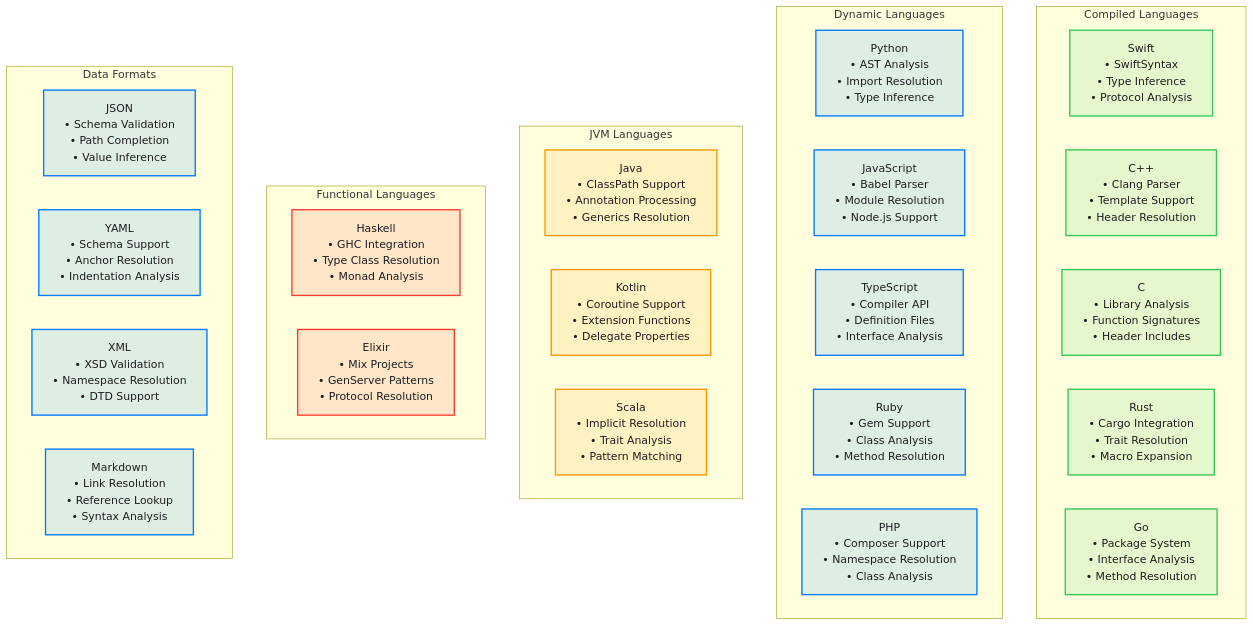
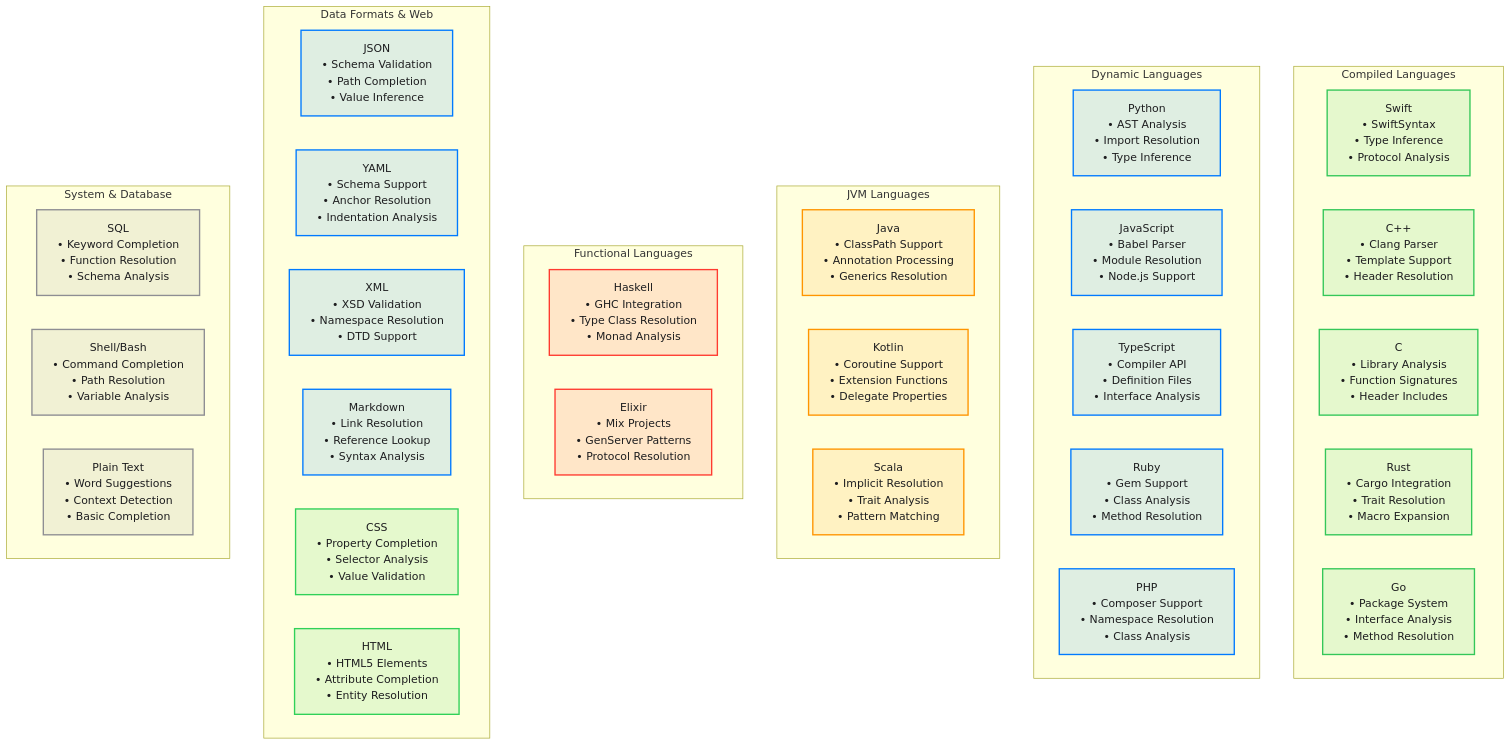
The second of 2 diagrams in Diagrams/15-language-provider-ecosystem.md (ajmcclary/CodeEditorKit), drawn with Mermaid before and after one commit. The commit also changed other lines of this file and 29 other files, not shown here.

First line of the commit message:
Enhance architecture documentation and add debugging integration

````diff
--- a/Diagrams/15-language-provider-ecosystem.md
+++ b/Diagrams/15-language-provider-ecosystem.md
@@ -374,63 +535,78 @@
 ```mermaid
 flowchart TB
     subgraph "Compiled Languages"
         SWIFT[Swift<br/>• SwiftSyntax<br/>• Type Inference<br/>• Protocol Analysis]
         CPP[C++<br/>• Clang Parser<br/>• Template Support<br/>• Header Resolution]
         C[C<br/>• Library Analysis<br/>• Function Signatures<br/>• Header Includes]
         RUST[Rust<br/>• Cargo Integration<br/>• Trait Resolution<br/>• Macro Expansion]
         GO[Go<br/>• Package System<br/>• Interface Analysis<br/>• Method Resolution]
     end
 
     subgraph "Dynamic Languages"
         PYTHON[Python<br/>• AST Analysis<br/>• Import Resolution<br/>• Type Inference]
         JS[JavaScript<br/>• Babel Parser<br/>• Module Resolution<br/>• Node.js Support]
         TS[TypeScript<br/>• Compiler API<br/>• Definition Files<br/>• Interface Analysis]
         RUBY[Ruby<br/>• Gem Support<br/>• Class Analysis<br/>• Method Resolution]
         PHP[PHP<br/>• Composer Support<br/>• Namespace Resolution<br/>• Class Analysis]
     end
 
     subgraph "JVM Languages"
         JAVA[Java<br/>• ClassPath Support<br/>• Annotation Processing<br/>• Generics Resolution]
         KOTLIN[Kotlin<br/>• Coroutine Support<br/>• Extension Functions<br/>• Delegate Properties]
         SCALA[Scala<br/>• Implicit Resolution<br/>• Trait Analysis<br/>• Pattern Matching]
     end
 
     subgraph "Functional Languages"
         HASKELL[Haskell<br/>• GHC Integration<br/>• Type Class Resolution<br/>• Monad Analysis]
         ELIXIR[Elixir<br/>• Mix Projects<br/>• GenServer Patterns<br/>• Protocol Resolution]
     end
 
-    subgraph "Data Formats"
+    subgraph "Data Formats & Web"
         JSON[JSON<br/>• Schema Validation<br/>• Path Completion<br/>• Value Inference]
         YAML[YAML<br/>• Schema Support<br/>• Anchor Resolution<br/>• Indentation Analysis]
         XML[XML<br/>• XSD Validation<br/>• Namespace Resolution<br/>• DTD Support]
         MD[Markdown<br/>• Link Resolution<br/>• Reference Lookup<br/>• Syntax Analysis]
+        CSS[CSS<br/>• Property Completion<br/>• Selector Analysis<br/>• Value Validation]
+        HTML[HTML<br/>• HTML5 Elements<br/>• Attribute Completion<br/>• Entity Resolution]
+    end
+
+    subgraph "System & Database"
+        SQL[SQL<br/>• Keyword Completion<br/>• Function Resolution<br/>• Schema Analysis]
+        SHELL[Shell/Bash<br/>• Command Completion<br/>• Path Resolution<br/>• Variable Analysis]
+        PLAIN[Plain Text<br/>• Word Suggestions<br/>• Context Detection<br/>• Basic Completion]
     end
 
     %% Styling - Dark mode friendly colors
     classDef compiled fill:#34C75920,stroke:#34C759,stroke-width:2px,color:#1D1D1F
     classDef dynamic fill:#007AFF20,stroke:#007AFF,stroke-width:2px,color:#1D1D1F
     classDef jvm fill:#FF950020,stroke:#FF9500,stroke-width:2px,color:#1D1D1F
     classDef functional fill:#FF3B3020,stroke:#FF3B30,stroke-width:2px,color:#1D1D1F
     classDef data fill:#007AFF20,stroke:#007AFF,stroke-width:2px,color:#1D1D1F
+    classDef web fill:#30D15820,stroke:#30D158,stroke-width:2px,color:#1D1D1F
+    classDef system fill:#8E8E9320,stroke:#8E8E93,stroke-width:2px,color:#1D1D1F
 
     class SWIFT compiled
     class CPP compiled
     class C compiled
     class RUST compiled
     class GO compiled
     class PYTHON dynamic
     class JS dynamic
     class TS dynamic
     class RUBY dynamic
     class PHP dynamic
     class JAVA jvm
     class KOTLIN jvm
     class SCALA jvm
     class HASKELL functional
     class ELIXIR functional
     class JSON data
     class YAML data
     class XML data
     class MD data
+    class CSS web
+    class HTML web
+    class SQL system
+    class SHELL system
+    class PLAIN system
 ```
````
